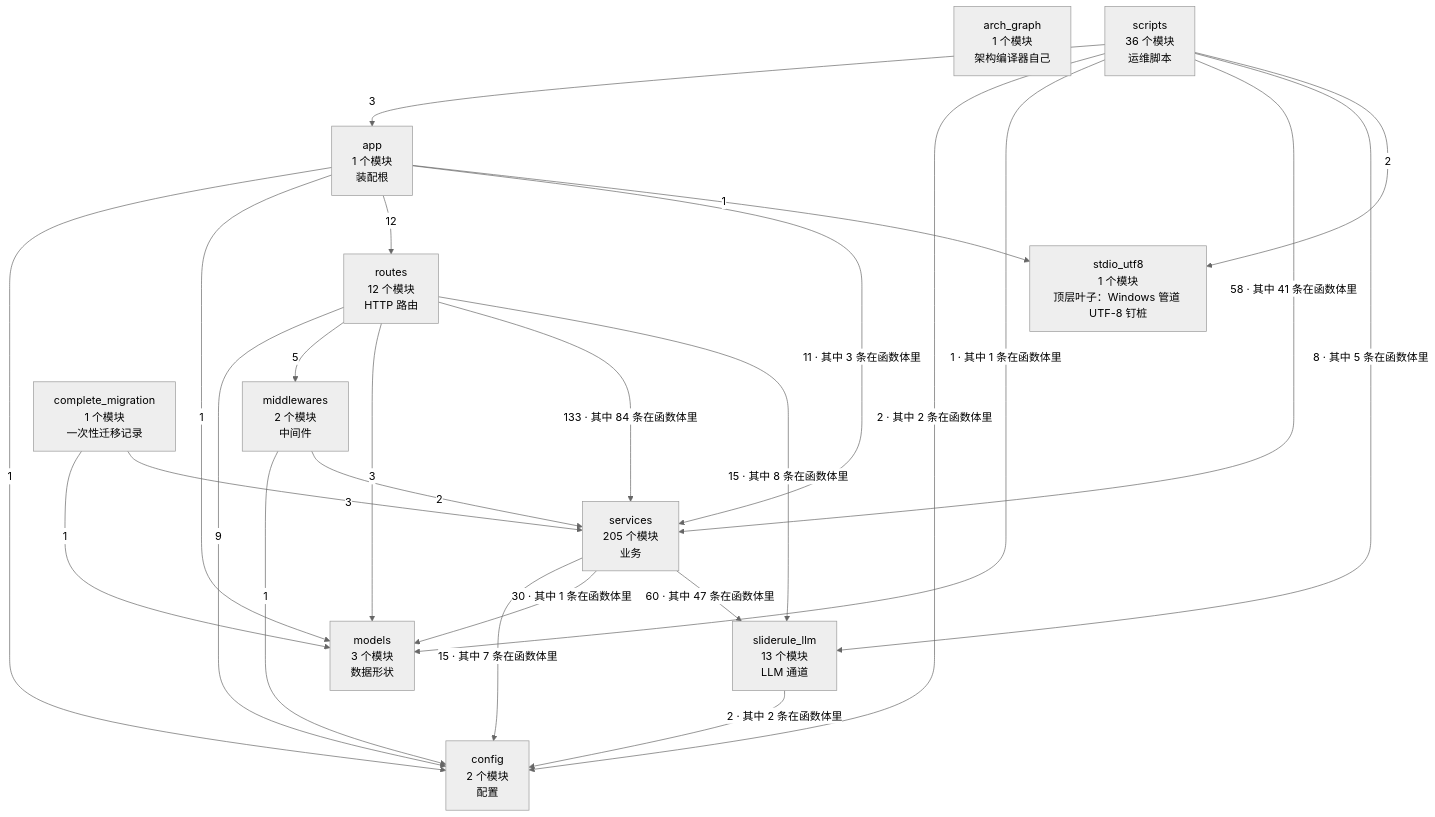
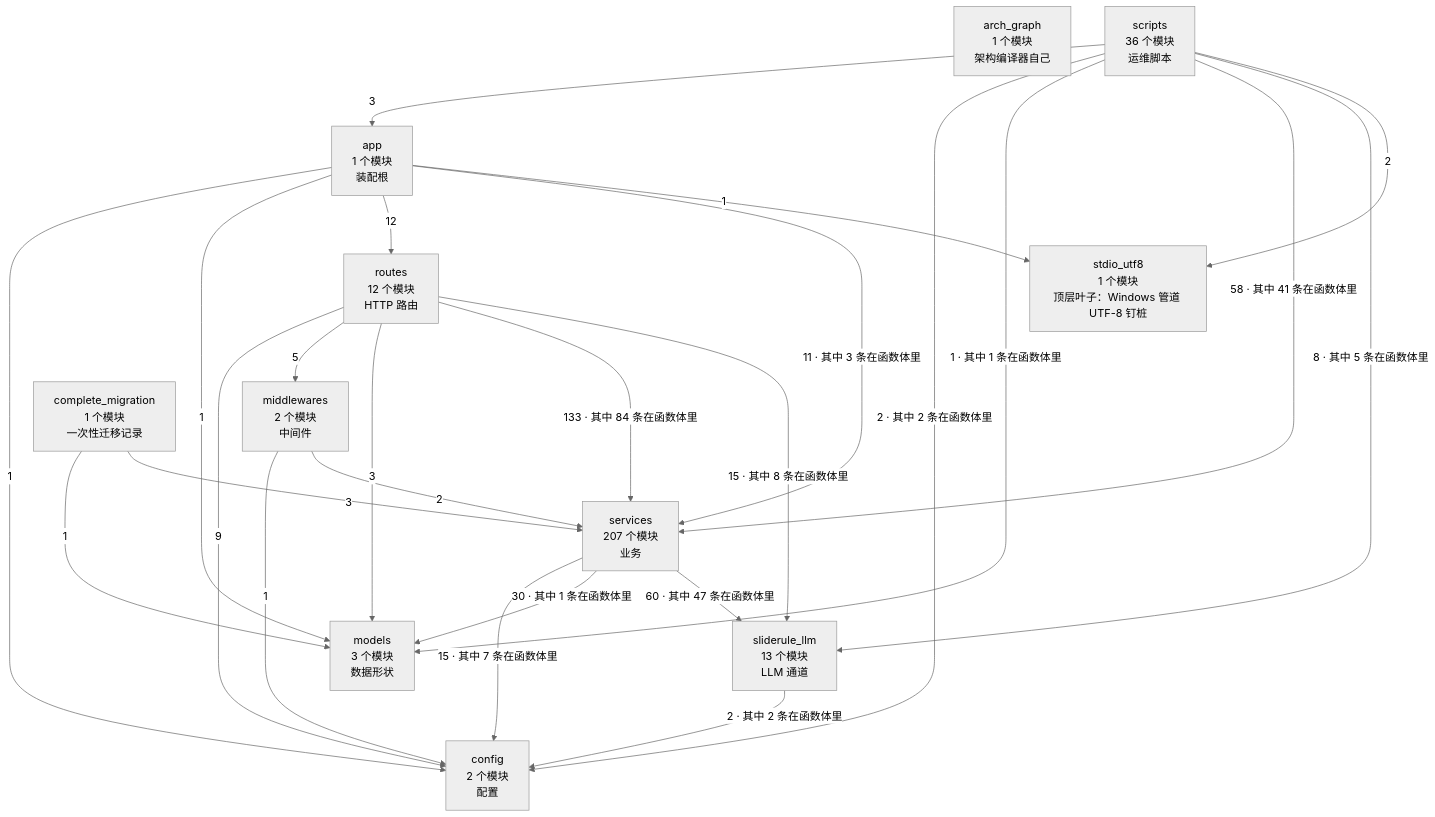
The first of 2 diagrams in docs/SlideRule V6.2 架构图（自动生成）.md (2686521696/WhyBuddy), drawn with Mermaid (neutral theme) before and after one commit. The commit also changed other lines of this file and 24 other files, not shown here.

````diff
--- a/docs/SlideRule V6.2 架构图（自动生成）.md
+++ b/docs/SlideRule V6.2 架构图（自动生成）.md
@@ -36,38 +36,38 @@
 ```mermaid
 flowchart TB
   arch_graph["arch_graph<br/>1 个模块<br/>架构编译器自己"]
   config["config<br/>2 个模块<br/>配置"]
   models["models<br/>3 个模块<br/>数据形状"]
   stdio_utf8["stdio_utf8<br/>1 个模块<br/>顶层叶子：Windows 管道 UTF-8 钉桩"]
   sliderule_llm["sliderule_llm<br/>13 个模块<br/>LLM 通道"]
   middlewares["middlewares<br/>2 个模块<br/>中间件"]
-  services["services<br/>205 个模块<br/>业务"]
+  services["services<br/>207 个模块<br/>业务"]
   routes["routes<br/>12 个模块<br/>HTTP 路由"]
   app["app<br/>1 个模块<br/>装配根"]
   complete_migration["complete_migration<br/>1 个模块<br/>一次性迁移记录"]
   scripts["scripts<br/>36 个模块<br/>运维脚本"]
   app -->|1| config
   app -->|1| models
   app -->|12| routes
   app -->|11 · 其中 3 条在函数体里| services
   app -->|1| stdio_utf8
   complete_migration -->|1| models
   complete_migration -->|3| services
   middlewares -->|1| config
   middlewares -->|2| services
   routes -->|9| config
   routes -->|5| middlewares
   routes -->|3| models
   routes -->|133 · 其中 84 条在函数体里| services
   routes -->|15 · 其中 8 条在函数体里| sliderule_llm
   scripts -->|3| app
   scripts -->|2 · 其中 2 条在函数体里| config
   scripts -->|1 · 其中 1 条在函数体里| models
   scripts -->|58 · 其中 41 条在函数体里| services
   scripts -->|8 · 其中 5 条在函数体里| sliderule_llm
   scripts -->|2| stdio_utf8
   services -->|15 · 其中 7 条在函数体里| config
   services -->|30 · 其中 1 条在函数体里| models
   services -->|60 · 其中 47 条在函数体里| sliderule_llm
   sliderule_llm -->|2 · 其中 2 条在函数体里| config
 ```
````
